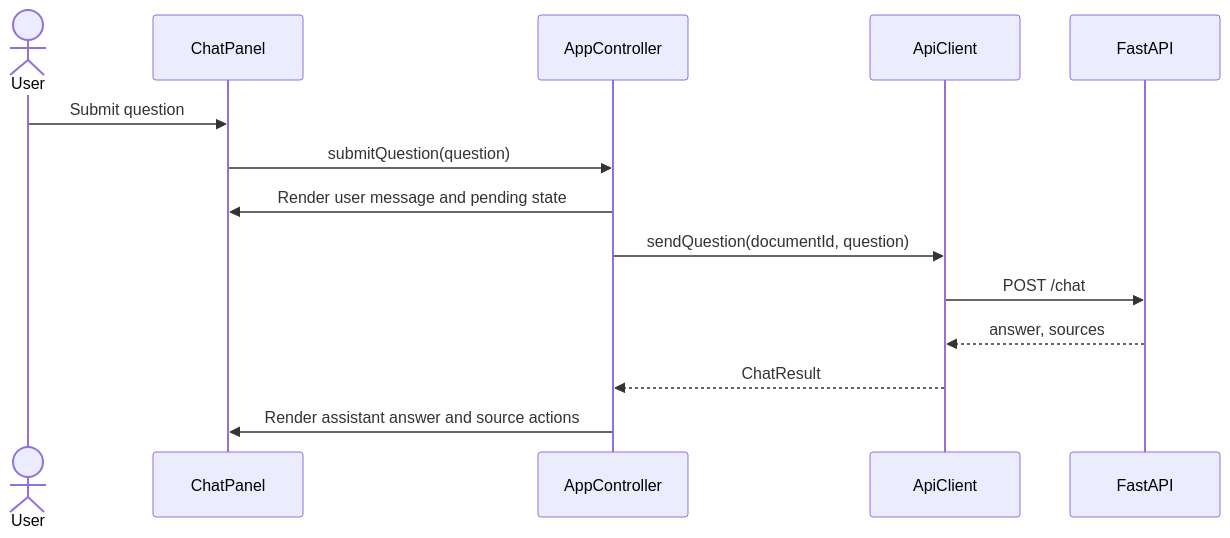
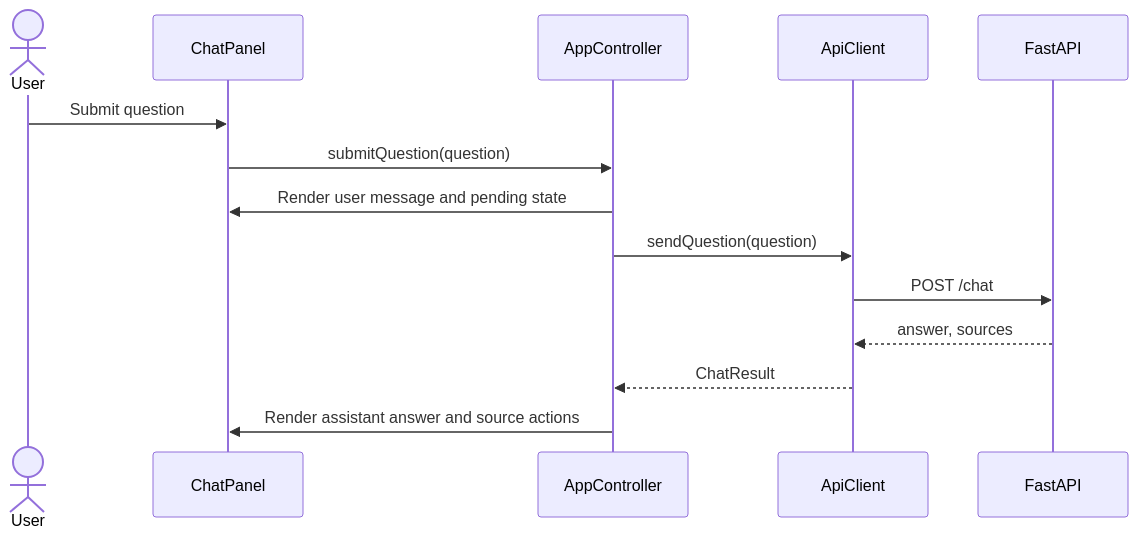
The third of 4 diagrams in docs/frontend-design.md (PLMQ2785/miniNBLM_Proto), drawn with Mermaid before and after one commit. The commit also changed other lines of this file and 11 other files, not shown here.

````diff
--- a/docs/frontend-design.md
+++ b/docs/frontend-design.md
@@ -404,17 +406,17 @@
 ```mermaid
 sequenceDiagram
     actor User
     participant CP as ChatPanel
     participant AC as AppController
     participant API as ApiClient
     participant BE as FastAPI
 
     User->>CP: Submit question
     CP->>AC: submitQuestion(question)
     AC->>CP: Render user message and pending state
-    AC->>API: sendQuestion(documentId, question)
+    AC->>API: sendQuestion(question)
     API->>BE: POST /chat
     BE-->>API: answer, sources
     API-->>AC: ChatResult
     AC->>CP: Render assistant answer and source actions
 ```
````
